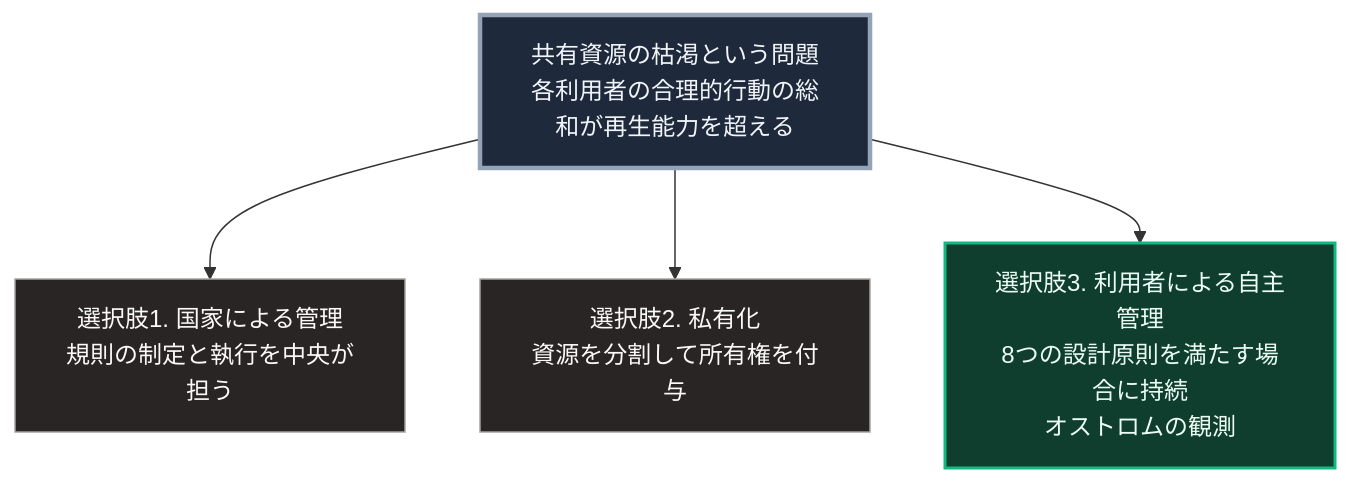
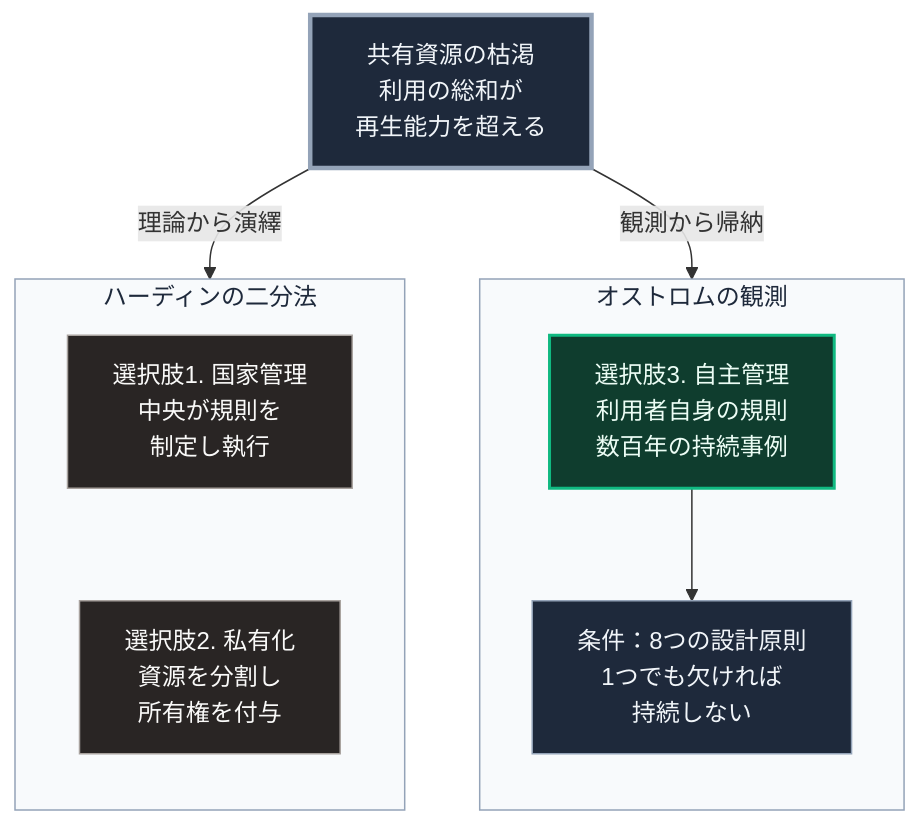
One commit to Takenori-Kusaka/zenn-content changed the diagram in books/sovereign-resilience-blueprint/43_governing-the-commons-rediscovery.md. Above: the diagram before and after it, drawn with Mermaid. The commit also changed other lines of this file and 114 other files, not shown here.

````diff
--- a/books/sovereign-resilience-blueprint/43_governing-the-commons-rediscovery.md
+++ b/books/sovereign-resilience-blueprint/43_governing-the-commons-rediscovery.md
@@ -59,12 +59,22 @@
 ```mermaid
 flowchart TD
-    P[共有資源の枯渇という問題<br>各利用者の合理的行動の総和が再生能力を超える]
-    P --> A[選択肢1. 国家による管理<br>規則の制定と執行を中央が担う]
-    P --> B[選択肢2. 私有化<br>資源を分割して所有権を付与]
-    P --> C[選択肢3. 利用者による自主管理<br>8つの設計原則を満たす場合に持続<br>オストロムの観測]
+    P[共有資源の枯渇<br>利用の総和が<br>再生能力を超える]
+    P -->|理論から演繹| G1
+    P -->|観測から帰納| G2
+    subgraph G1[ハーディンの二分法]
+        direction TB
+        A[選択肢1. 国家管理<br>中央が規則を<br>制定し執行] ~~~ B[選択肢2. 私有化<br>資源を分割し<br>所有権を付与]
+    end
+    subgraph G2[オストロムの観測]
+        direction TB
+        C[選択肢3. 自主管理<br>利用者自身の規則<br>数百年の持続事例] --> K[条件：8つの設計原則<br>1つでも欠ければ<br>持続しない]
+    end
 
     style P fill:#1e293b,stroke:#94a3b8,stroke-width:3px,color:#f1f5f9
     style A fill:#292524,stroke:#a8a29e,color:#fafaf9
     style B fill:#292524,stroke:#a8a29e,color:#fafaf9
     style C fill:#0f3d2e,stroke:#10b981,stroke-width:2px,color:#ecfdf5
+    style K fill:#1e293b,stroke:#94a3b8,color:#f1f5f9
+    style G1 fill:#f8fafc,stroke:#94a3b8,color:#1e293b
+    style G2 fill:#f8fafc,stroke:#94a3b8,color:#1e293b
 ```
````
